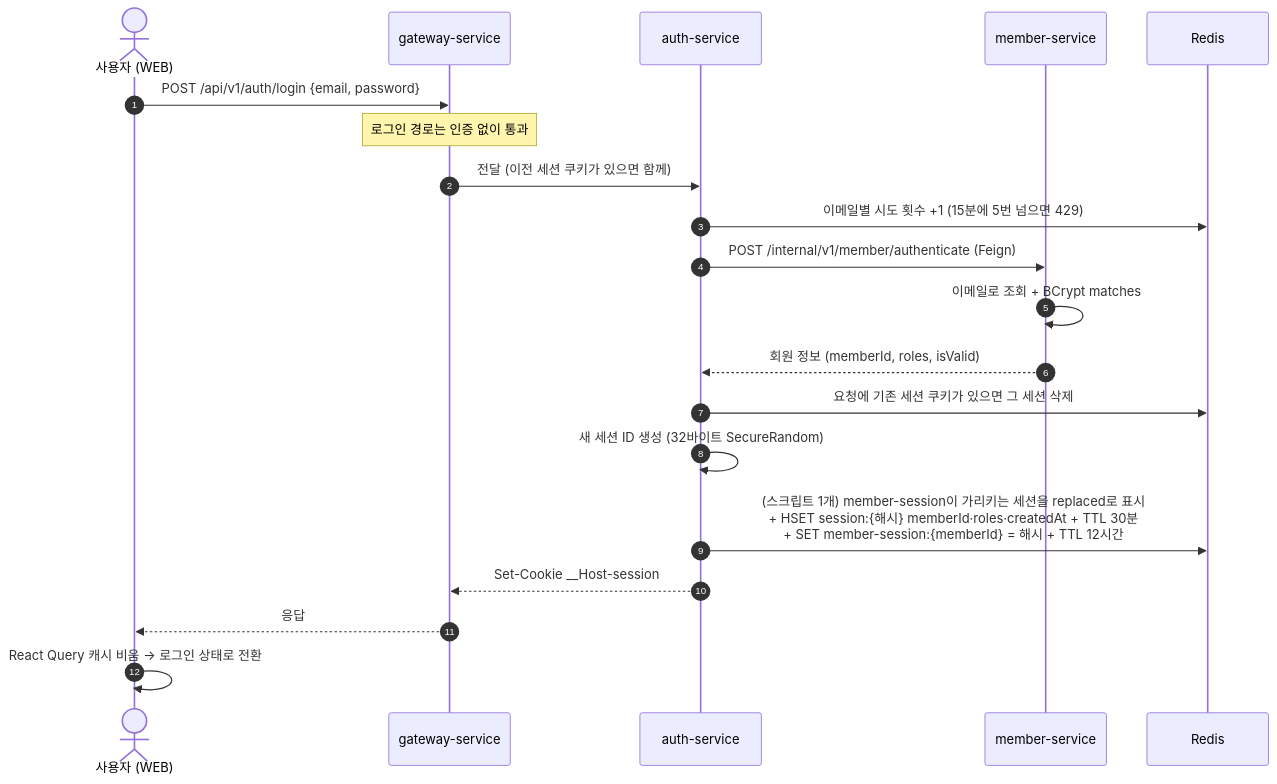
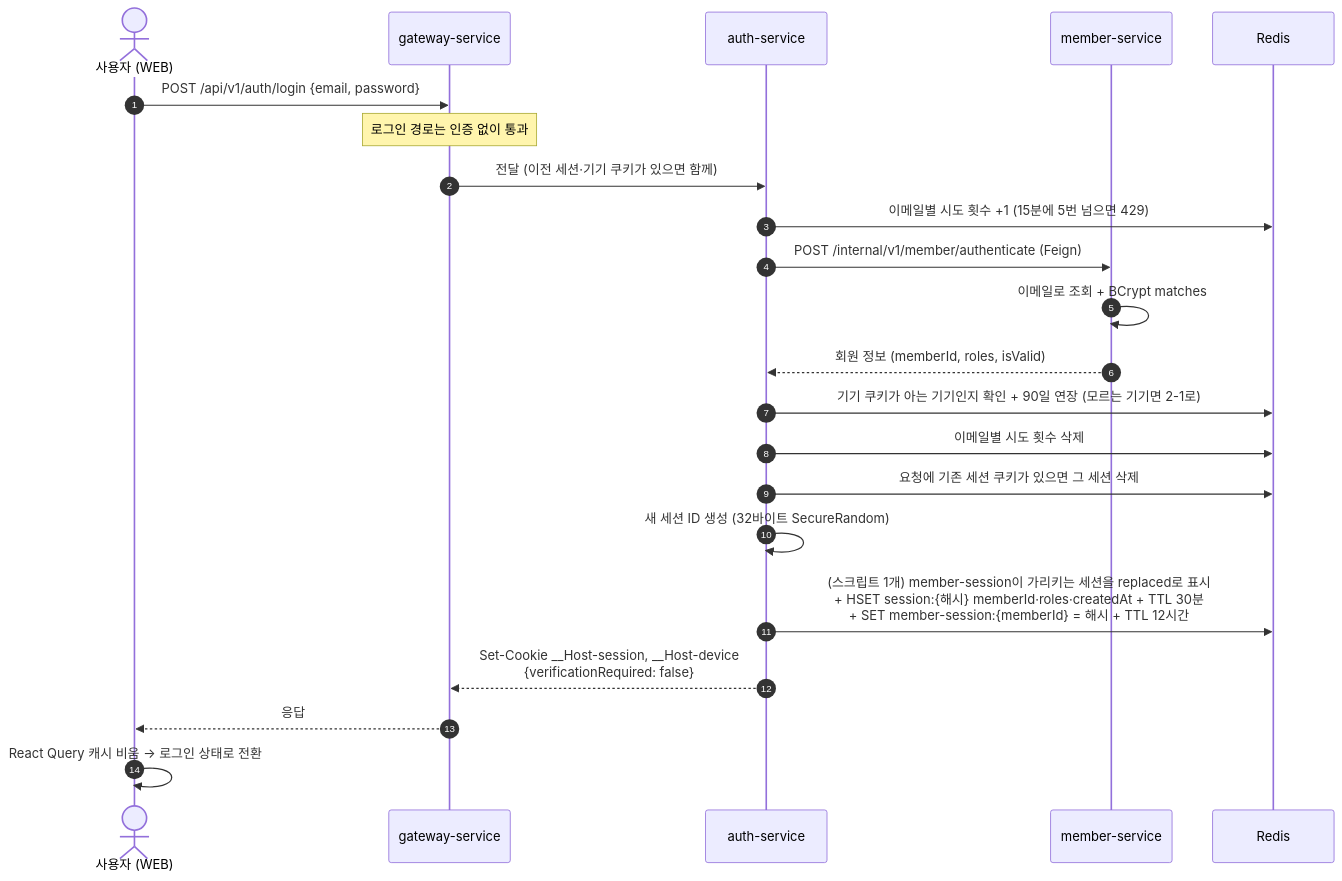
One commit to rivertw777/ModuDrive-API changed the first of 4 diagrams in .docs/spec/004-auth-spec.md. Above: the diagram before and after it, drawn with Mermaid. The commit also changed other lines of this file and 58 other files, not shown here.

````diff
--- a/.docs/spec/004-auth-spec.md
+++ b/.docs/spec/004-auth-spec.md
@@ -103,23 +106,25 @@
 ```mermaid
 sequenceDiagram
     autonumber
     actor U as 사용자 (WEB)
     participant G as gateway-service
     participant A as auth-service
     participant M as member-service
     participant R as Redis
 
     U->>G: POST /api/v1/auth/login {email, password}
     Note over G: 로그인 경로는 인증 없이 통과
-    G->>A: 전달 (이전 세션 쿠키가 있으면 함께)
+    G->>A: 전달 (이전 세션·기기 쿠키가 있으면 함께)
     A->>R: 이메일별 시도 횟수 +1 (15분에 5번 넘으면 429)
     A->>M: POST /internal/v1/member/authenticate (Feign)
     M->>M: 이메일로 조회 + BCrypt matches
     M-->>A: 회원 정보 (memberId, roles, isValid)
+    A->>R: 기기 쿠키가 아는 기기인지 확인 + 90일 연장 (모르는 기기면 2-1로)
+    A->>R: 이메일별 시도 횟수 삭제
     A->>R: 요청에 기존 세션 쿠키가 있으면 그 세션 삭제
     A->>A: 새 세션 ID 생성 (32바이트 SecureRandom)
     A->>R: (스크립트 1개) member-session이 가리키는 세션을 replaced로 표시<br/>+ HSET session:{해시} memberId·roles·createdAt + TTL 30분<br/>+ SET member-session:{memberId} = 해시 + TTL 12시간
-    A-->>G: Set-Cookie __Host-session
+    A-->>G: Set-Cookie __Host-session, __Host-device<br/>{verificationRequired: false}
     G-->>U: 응답
     U->>U: React Query 캐시 비움 → 로그인 상태로 전환
 ```
````
